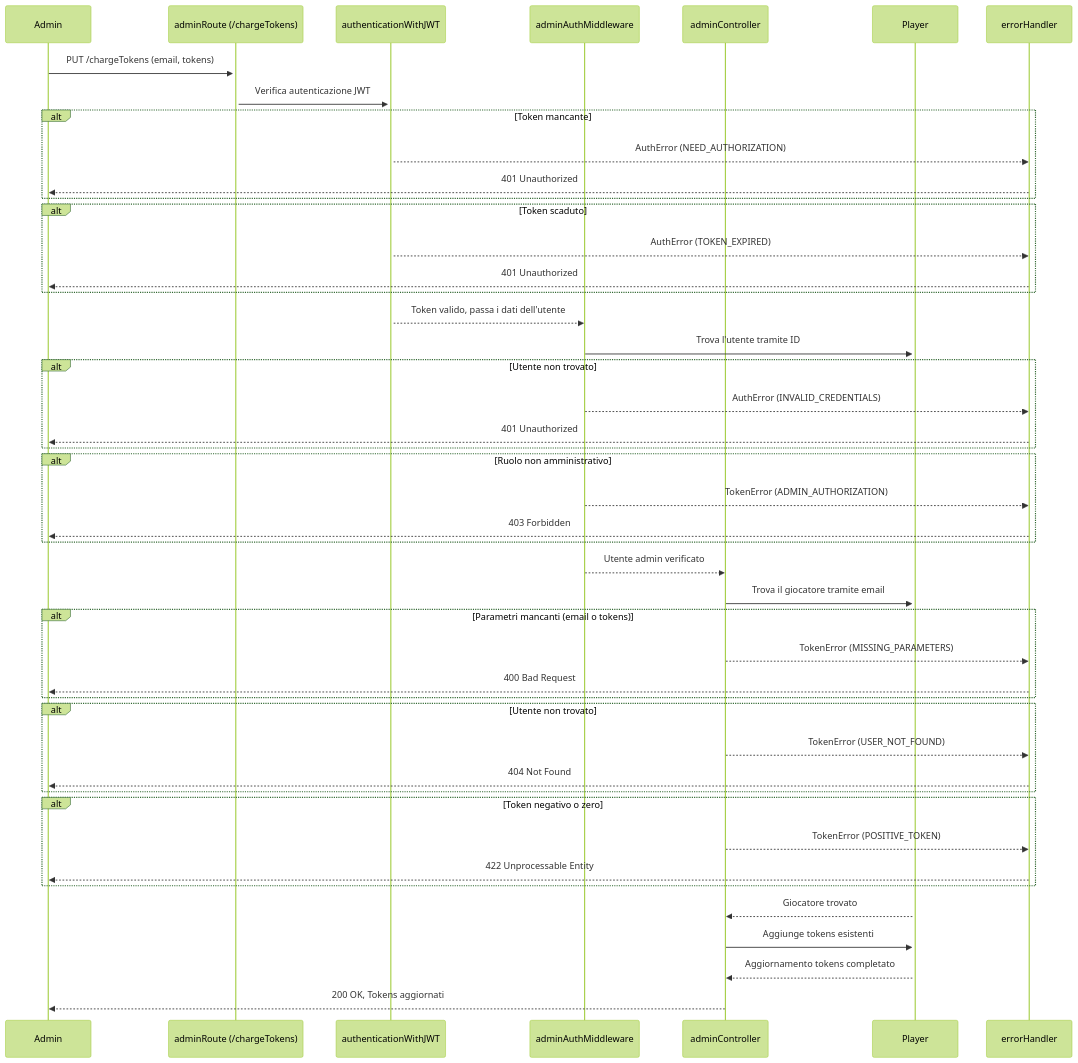
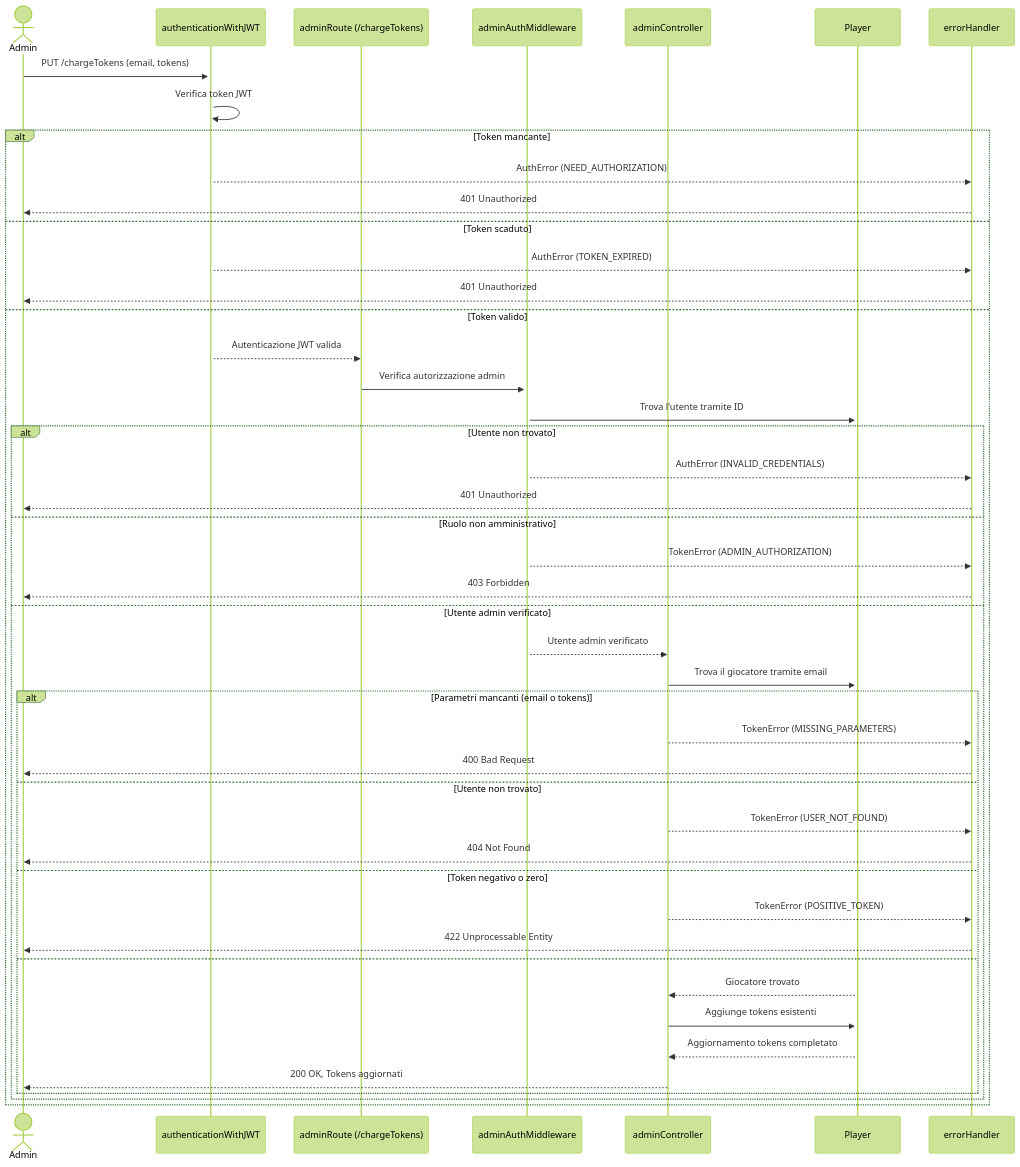
One commit to AndreaMarini01/progetto_PA changed the eighth of 12 diagrams in README.md. Above: the diagram before and after it, drawn with Mermaid (forest theme). The commit also changed other lines of this file, not shown here.

Commit message:
Revisione README fino a diagramma ER

````diff
--- a/README.md
+++ b/README.md
@@ -548,61 +568,55 @@
 ```mermaid
 sequenceDiagram
-    participant Admin as Admin
+    actor Admin as Admin
+    participant JWTMiddleware as authenticationWithJWT
     participant AdminRoute as adminRoute (/chargeTokens)
-    participant JWTMiddleware as authenticationWithJWT
     participant AdminAuth as adminAuthMiddleware
     participant Controller as adminController
     participant Model as Player
     participant ErrorHandler as errorHandler
 
-    Admin->>+AdminRoute: PUT /chargeTokens (email, tokens)
-    AdminRoute->>+JWTMiddleware: Verifica autenticazione JWT
+    Admin->>+JWTMiddleware: PUT /chargeTokens (email, tokens)
+    JWTMiddleware->>JWTMiddleware: Verifica token JWT
 
     alt Token mancante
         JWTMiddleware-->>ErrorHandler: AuthError (NEED_AUTHORIZATION)
         ErrorHandler-->>Admin: 401 Unauthorized
+    else Token scaduto
+        JWTMiddleware-->>ErrorHandler: AuthError (TOKEN_EXPIRED)
+        ErrorHandler-->>Admin: 401 Unauthorized
+    else Token valido
+        JWTMiddleware-->>AdminRoute: Autenticazione JWT valida
+        AdminRoute->>+AdminAuth: Verifica autorizzazione admin
+
+        AdminAuth->>+Model: Trova l'utente tramite ID
+        alt Utente non trovato
+            AdminAuth-->>ErrorHandler: AuthError (INVALID_CREDENTIALS)
+            ErrorHandler-->>Admin: 401 Unauthorized
+        else Ruolo non amministrativo
+            AdminAuth-->>ErrorHandler: TokenError (ADMIN_AUTHORIZATION)
+            ErrorHandler-->>Admin: 403 Forbidden
+        else Utente admin verificato
+            AdminAuth-->>Controller: Utente admin verificato
+
+            Controller->>+Model: Trova il giocatore tramite email
+            alt Parametri mancanti (email o tokens)
+                Controller-->>ErrorHandler: TokenError (MISSING_PARAMETERS)
+                ErrorHandler-->>Admin: 400 Bad Request
+            else Utente non trovato
+                Controller-->>ErrorHandler: TokenError (USER_NOT_FOUND)
+                ErrorHandler-->>Admin: 404 Not Found
+            else Token negativo o zero
+                Controller-->>ErrorHandler: TokenError (POSITIVE_TOKEN)
+                ErrorHandler-->>Admin: 422 Unprocessable Entity
+            else
+                Model-->>Controller: Giocatore trovato
+                Controller->>Model: Aggiunge tokens esistenti
+
+                Model-->>Controller: Aggiornamento tokens completato
+                Controller-->>Admin: 200 OK, Tokens aggiornati
+            end
+        end
     end
 
-    alt Token scaduto
-        JWTMiddleware-->>ErrorHandler: AuthError (TOKEN_EXPIRED)
-        ErrorHandler-->>Admin: 401 Unauthorized
-    end
-
-    JWTMiddleware-->>AdminAuth: Token valido, passa i dati dell'utente
-
-    AdminAuth->>+Model: Trova l'utente tramite ID
-    alt Utente non trovato
-        AdminAuth-->>ErrorHandler: AuthError (INVALID_CREDENTIALS)
-        ErrorHandler-->>Admin: 401 Unauthorized
-    end
-
-    alt Ruolo non amministrativo
-        AdminAuth-->>ErrorHandler: TokenError (ADMIN_AUTHORIZATION)
-        ErrorHandler-->>Admin: 403 Forbidden
-    end
-
-    AdminAuth-->>Controller: Utente admin verificato
-
-    Controller->>+Model: Trova il giocatore tramite email
-    alt Parametri mancanti (email o tokens)
-        Controller-->>ErrorHandler: TokenError (MISSING_PARAMETERS)
-        ErrorHandler-->>Admin: 400 Bad Request
-    end
-
-    alt Utente non trovato
-        Controller-->>ErrorHandler: TokenError (USER_NOT_FOUND)
-        ErrorHandler-->>Admin: 404 Not Found
-    end
-
-    alt Token negativo o zero
-        Controller-->>ErrorHandler: TokenError (POSITIVE_TOKEN)
-        ErrorHandler-->>Admin: 422 Unprocessable Entity
-    end
-
-    Model-->>Controller: Giocatore trovato
-    Controller->>Model: Aggiunge tokens esistenti
-
-    Model-->>Controller: Aggiornamento tokens completato
-    Controller-->>Admin: 200 OK, Tokens aggiornati
 
 ```
````
